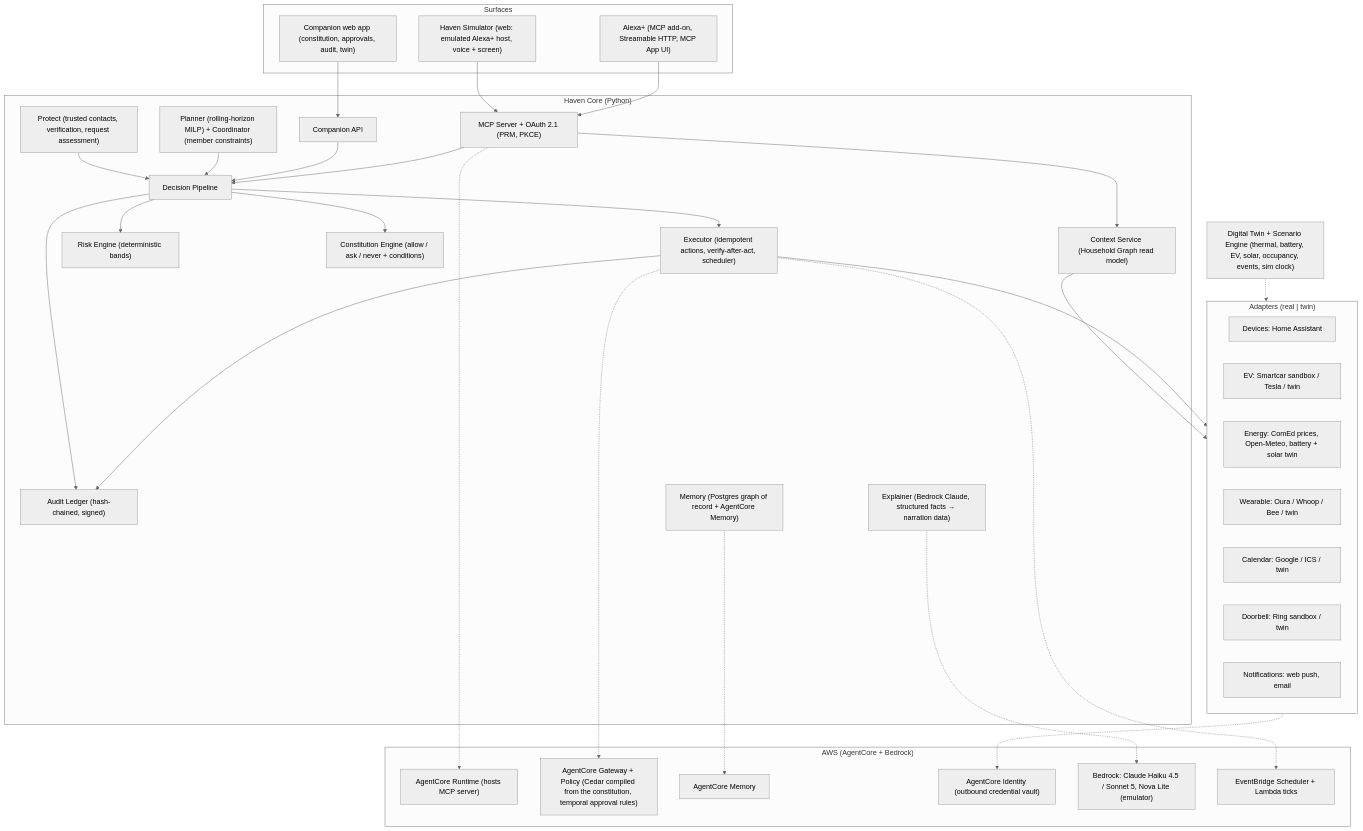
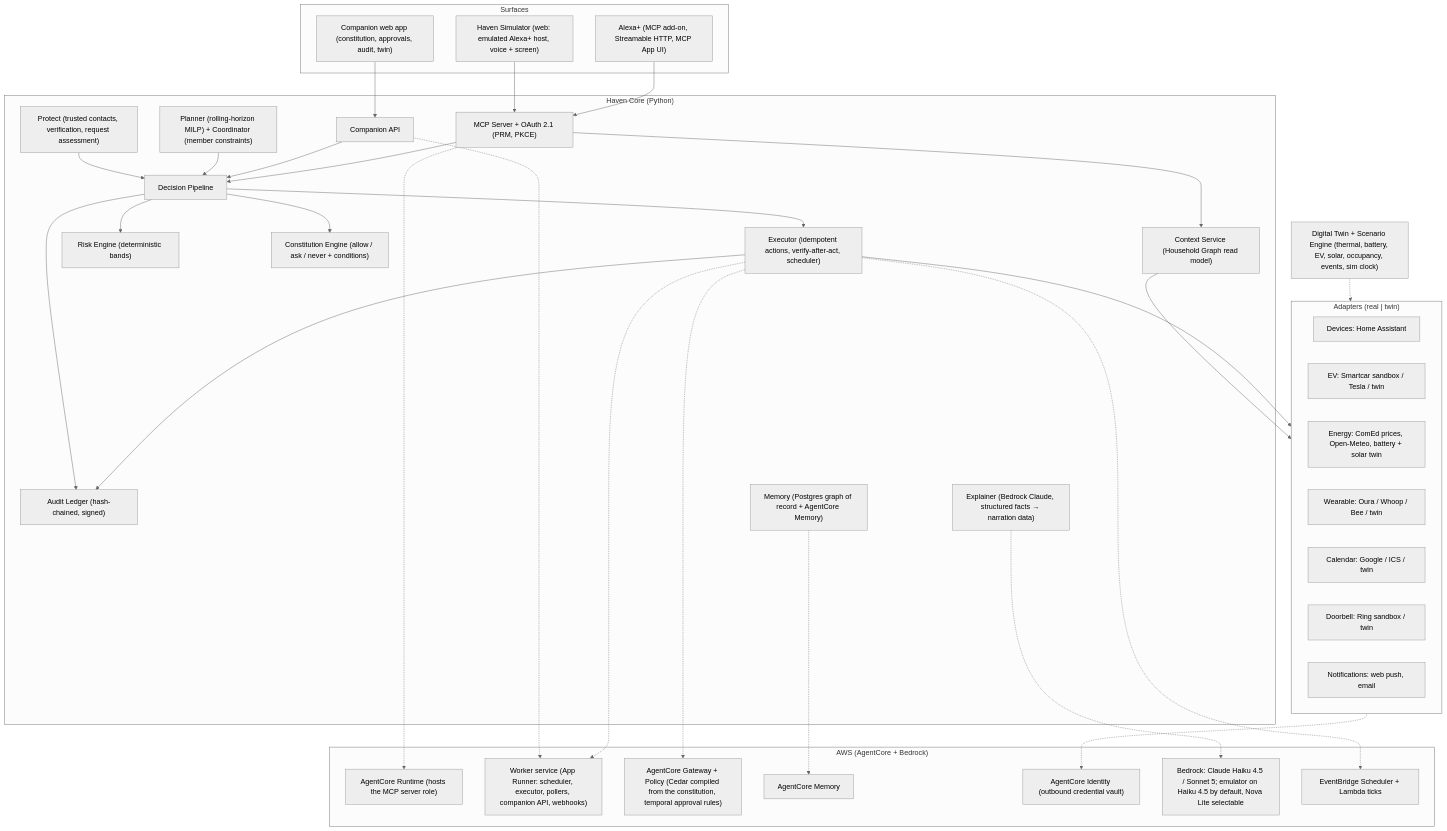
Before and after one commit to BashaarJavaid/Haven: the diagram in README.md, drawn with Mermaid (neutral theme). The commit also changed other lines of this file and 16 other files, not shown here.

````diff
--- a/README.md
+++ b/README.md
@@ -62,55 +66,58 @@
 ```mermaid
 graph TD
     subgraph Surfaces
         Alexa["Alexa+ (MCP add-on, Streamable HTTP, MCP App UI)"]
         Sim["Haven Simulator (web: emulated Alexa+ host, voice + screen)"]
         App["Companion web app (constitution, approvals, audit, twin)"]
     end
 
     Alexa --> MCP["MCP Server + OAuth 2.1 (PRM, PKCE)"]
     Sim --> MCP
     App --> API["Companion API"]
 
     subgraph Core["Haven Core (Python)"]
         MCP --> Ctx["Context Service (Household Graph read model)"]
         MCP --> Pipe["Decision Pipeline"]
         API --> Pipe
         Pipe --> Risk["Risk Engine (deterministic bands)"]
         Pipe --> Const["Constitution Engine (allow / ask / never + conditions)"]
         Pipe --> Exec["Executor (idempotent actions, verify-after-act, scheduler)"]
         Planner["Planner (rolling-horizon MILP) + Coordinator (member constraints)"] --> Pipe
         Protect["Protect (trusted contacts, verification, request assessment)"] --> Pipe
         Exec --> Audit["Audit Ledger (hash-chained, signed)"]
         Pipe --> Audit
         Explain["Explainer (Bedrock Claude, structured facts → narration data)"]
         Memory["Memory (Postgres graph of record + AgentCore Memory)"]
     end
 
     subgraph Adapters["Adapters (real | twin)"]
         Dev["Devices: Home Assistant"]
         EV["EV: Smartcar sandbox / Tesla / twin"]
         Energy["Energy: ComEd prices, Open-Meteo, battery + solar twin"]
         Wear["Wearable: Oura / Whoop / Bee / twin"]
         Cal["Calendar: Google / ICS / twin"]
         Door["Doorbell: Ring sandbox / twin"]
         Notify["Notifications: web push, email"]
     end
     Exec --> Adapters
     Ctx --> Adapters
     Twin["Digital Twin + Scenario Engine (thermal, battery, EV, solar, occupancy, events, sim clock)"] -.-> Adapters
 
     subgraph AWS["AWS (AgentCore + Bedrock)"]
-        RT["AgentCore Runtime (hosts MCP server)"]
+        RT["AgentCore Runtime (hosts the MCP server role)"]
+        WK["Worker service (App Runner: scheduler, executor, pollers, companion API, webhooks)"]
         GW["AgentCore Gateway + Policy (Cedar compiled from the constitution, temporal approval rules)"]
         Mem["AgentCore Memory"]
         Id["AgentCore Identity (outbound credential vault)"]
-        BR["Bedrock: Claude Haiku 4.5 / Sonnet 5, Nova Lite (emulator)"]
+        BR["Bedrock: Claude Haiku 4.5 / Sonnet 5; emulator on Haiku 4.5 by default, Nova Lite selectable"]
         Sched["EventBridge Scheduler + Lambda ticks"]
     end
     MCP -.-> RT
+    Exec -.-> WK
+    API -.-> WK
     Exec -.-> GW
     Memory -.-> Mem
     Adapters -.-> Id
     Explain -.-> BR
     Exec -.-> Sched
 ```
````
